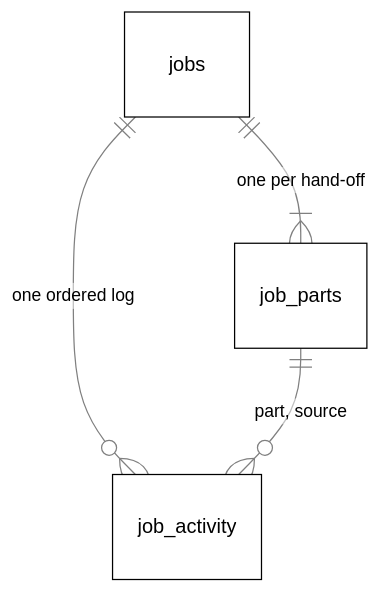
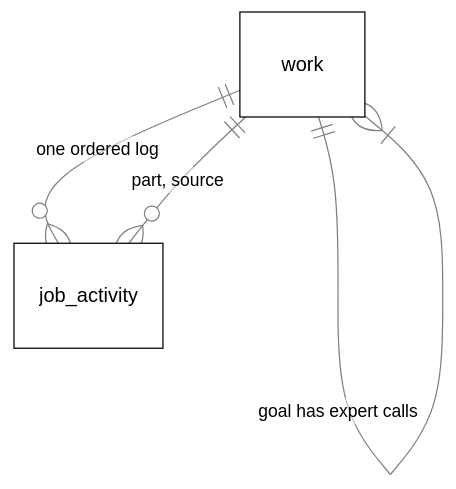
One commit to nadeem4/tagalong changed the third of 10 diagrams in docs/brain.md. Above: the diagram before and after it, drawn with Mermaid. The commit also changed other lines of this file and 5 other files, not shown here.

Commit message:
docs(brain): jobs are goal and expert call work rows (S2a)

````diff
--- a/docs/brain.md
+++ b/docs/brain.md
@@ -424,7 +424,7 @@
 ```mermaid
 %%{init: {"theme": "base", "themeVariables": {"primaryColor": "#ffffff", "primaryTextColor": "#000000", "primaryBorderColor": "#000000", "lineColor": "#808080", "arrowheadColor": "#808080", "secondaryColor": "#f2f2f2", "tertiaryColor": "#ffffff", "clusterBkg": "#f7f7f7", "clusterBorder": "#808080", "edgeLabelBackground": "#ffffff", "titleColor": "#808080", "actorBkg": "#ffffff", "actorBorder": "#000000", "actorTextColor": "#000000", "actorLineColor": "#808080", "signalColor": "#808080", "signalTextColor": "#808080", "sequenceNumberColor": "#ffffff", "labelBoxBkgColor": "#ffffff", "labelBoxBorderColor": "#808080", "labelTextColor": "#000000", "loopTextColor": "#808080", "noteBkgColor": "#f7f7f7", "noteBorderColor": "#808080", "noteTextColor": "#000000", "activationBkgColor": "#f7f7f7", "activationBorderColor": "#808080", "fontFamily": "Segoe UI, Helvetica, Arial, sans-serif"}}}%%
 erDiagram
-    jobs ||--|{ job_parts : "one per hand-off"
-    jobs ||--o{ job_activity : "one ordered log"
-    job_parts ||--o{ job_activity : "part, source"
+    work ||--|{ work : "goal has expert calls"
+    work ||--o{ job_activity : "one ordered log"
+    work ||--o{ job_activity : "part, source"
 ```
````
